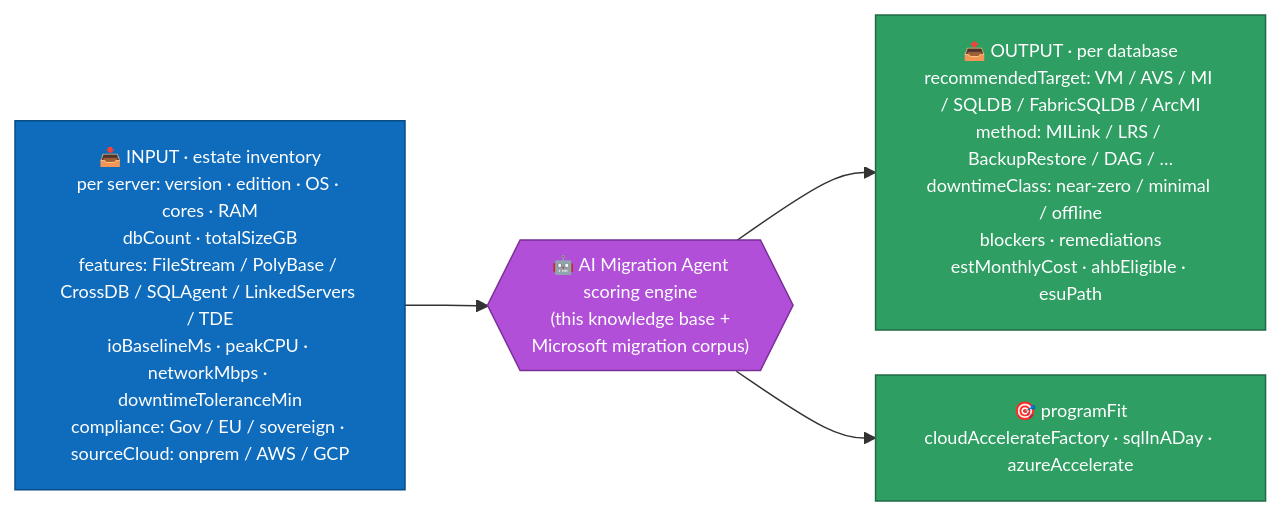
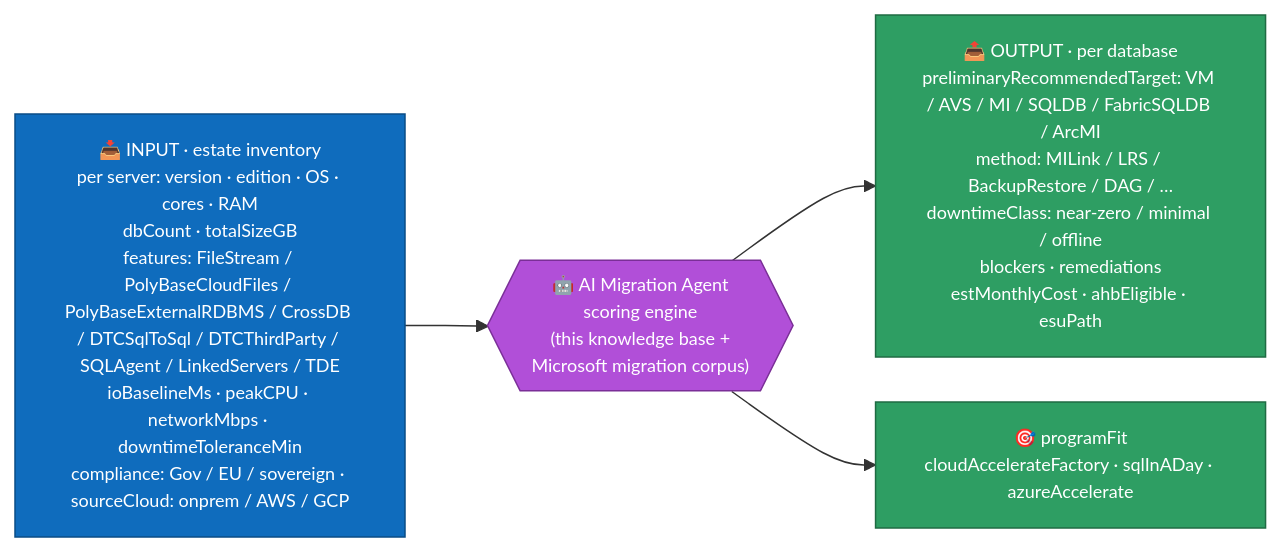
Before and after one commit to fredgis/sql-migration-advisor: the fourth of 4 diagrams in docs/sql-server-to-azure-migration.md, drawn with Mermaid. The commit also changed other lines of this file and 31 other files, not shown here.

````diff
--- a/docs/sql-server-to-azure-migration.md
+++ b/docs/sql-server-to-azure-migration.md
@@ -429,17 +449,17 @@
 ```mermaid
 %%{init: {'flowchart': {'nodeSpacing': 30, 'rankSpacing': 55}, 'themeVariables': {'fontSize': '12px'}}}%%
 flowchart LR
-    IN["📥 INPUT · estate inventory<br/>per server: version · edition · OS · cores · RAM<br/>dbCount · totalSizeGB<br/>features: FileStream / PolyBase / CrossDB / SQLAgent / LinkedServers / TDE<br/>ioBaselineMs · peakCPU · networkMbps · downtimeToleranceMin<br/>compliance: Gov / EU / sovereign · sourceCloud: onprem / AWS / GCP"]
+    IN["📥 INPUT · estate inventory<br/>per server: version · edition · OS · cores · RAM<br/>dbCount · totalSizeGB<br/>features: FileStream / PolyBaseCloudFiles / PolyBaseExternalRDBMS / CrossDB / DTCSqlToSql / DTCThirdParty / SQLAgent / LinkedServers / TDE<br/>ioBaselineMs · peakCPU · networkMbps · downtimeToleranceMin<br/>compliance: Gov / EU / sovereign · sourceCloud: onprem / AWS / GCP"]
     AGENT{{"🤖 AI Migration Agent<br/>scoring engine<br/>(this knowledge base +<br/>Microsoft migration corpus)"}}
-    OUT1["📤 OUTPUT · per database<br/>recommendedTarget: VM / AVS / MI / SQLDB / FabricSQLDB / ArcMI<br/>method: MILink / LRS / BackupRestore / DAG / …<br/>downtimeClass: near-zero / minimal / offline<br/>blockers · remediations<br/>estMonthlyCost · ahbEligible · esuPath"]
+    OUT1["📤 OUTPUT · per database<br/>preliminaryRecommendedTarget: VM / AVS / MI / SQLDB / FabricSQLDB / ArcMI<br/>method: MILink / LRS / BackupRestore / DAG / …<br/>downtimeClass: near-zero / minimal / offline<br/>blockers · remediations<br/>estMonthlyCost · ahbEligible · esuPath"]
     OUT2["🎯 programFit<br/>cloudAccelerateFactory · sqlInADay · azureAccelerate"]
     IN --> AGENT
     AGENT --> OUT1
     AGENT --> OUT2
     classDef in fill:#0F6CBD,stroke:#0A4C86,color:#fff;
     classDef ag fill:#B14FD8,stroke:#7A2E97,color:#fff;
     classDef out fill:#2E9E63,stroke:#1F6B43,color:#fff;
     class IN in;
     class AGENT ag;
     class OUT1,OUT2 out;
 ```
````
